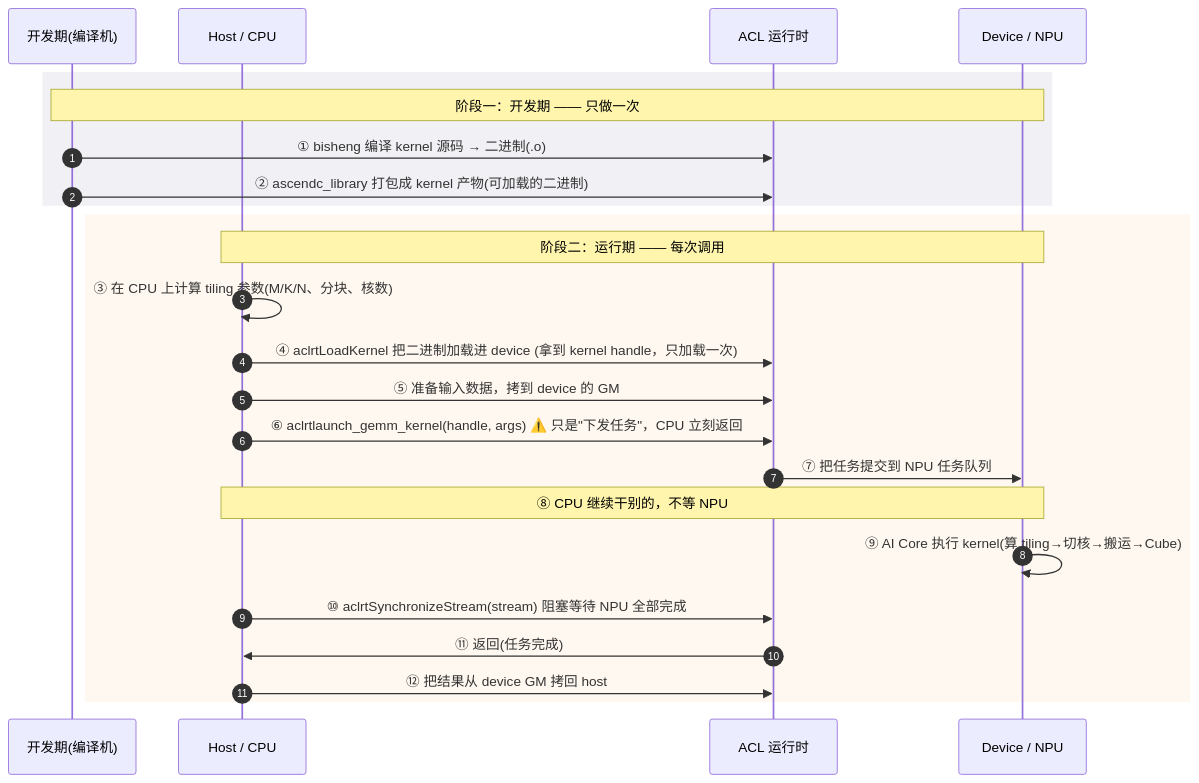
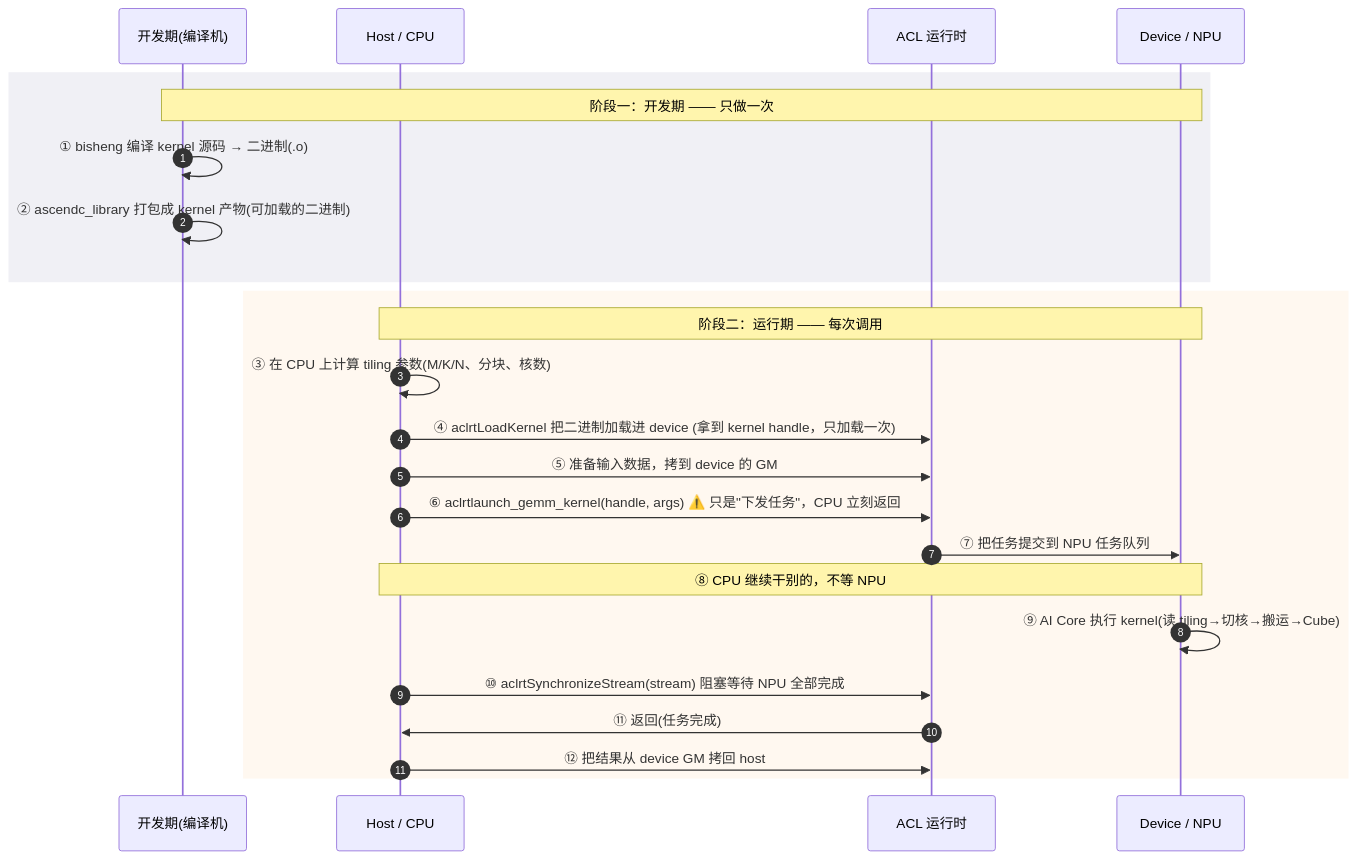
One commit to SuccinctPaul/Ascend-Notes changed the third of 3 diagrams in docs/pages/reference/context.mdx. Above: the diagram before and after it, drawn with Mermaid. The commit also changed other lines of this file and 39 other files, not shown here.

````diff
--- a/docs/pages/reference/context.mdx
+++ b/docs/pages/reference/context.mdx
@@ -157,28 +142,28 @@
 ```mermaid
 sequenceDiagram
     autonumber
     participant Dev as 开发期(编译机)
     participant Host as Host / CPU
     participant ACL as ACL 运行时
     participant Dev2 as Device / NPU
 
     rect rgb(240,240,245)
     Note over Dev,Dev2: 阶段一：开发期 —— 只做一次
-    Dev->>ACL: ① bisheng 编译 kernel 源码 → 二进制(.o)
-    Dev->>ACL: ② ascendc_library 打包成 kernel 产物(可加载的二进制)
+    Dev->>Dev: ① bisheng 编译 kernel 源码 → 二进制(.o)
+    Dev->>Dev: ② ascendc_library 打包成 kernel 产物(可加载的二进制)
     end
 
     rect rgb(255,248,240)
     Note over Host,Dev2: 阶段二：运行期 —— 每次调用
     Host->>Host: ③ 在 CPU 上计算 tiling 参数(M/K/N、分块、核数)
     Host->>ACL: ④ aclrtLoadKernel 把二进制加载进 device (拿到 kernel handle，只加载一次)
     Host->>ACL: ⑤ 准备输入数据，拷到 device 的 GM
     Host->>ACL: ⑥ aclrtlaunch_gemm_kernel(handle, args) ⚠️ 只是"下发任务"，CPU 立刻返回
     ACL->>Dev2: ⑦ 把任务提交到 NPU 任务队列
     Note over Host,Dev2: ⑧ CPU 继续干别的，不等 NPU
-    Dev2->>Dev2: ⑨ AI Core 执行 kernel(算 tiling→切核→搬运→Cube)
+    Dev2->>Dev2: ⑨ AI Core 执行 kernel(读 tiling→切核→搬运→Cube)
     Host->>ACL: ⑩ aclrtSynchronizeStream(stream) 阻塞等待 NPU 全部完成
     ACL->>Host: ⑪ 返回(任务完成)
     Host->>ACL: ⑫ 把结果从 device GM 拷回 host
     end
 ```
````
